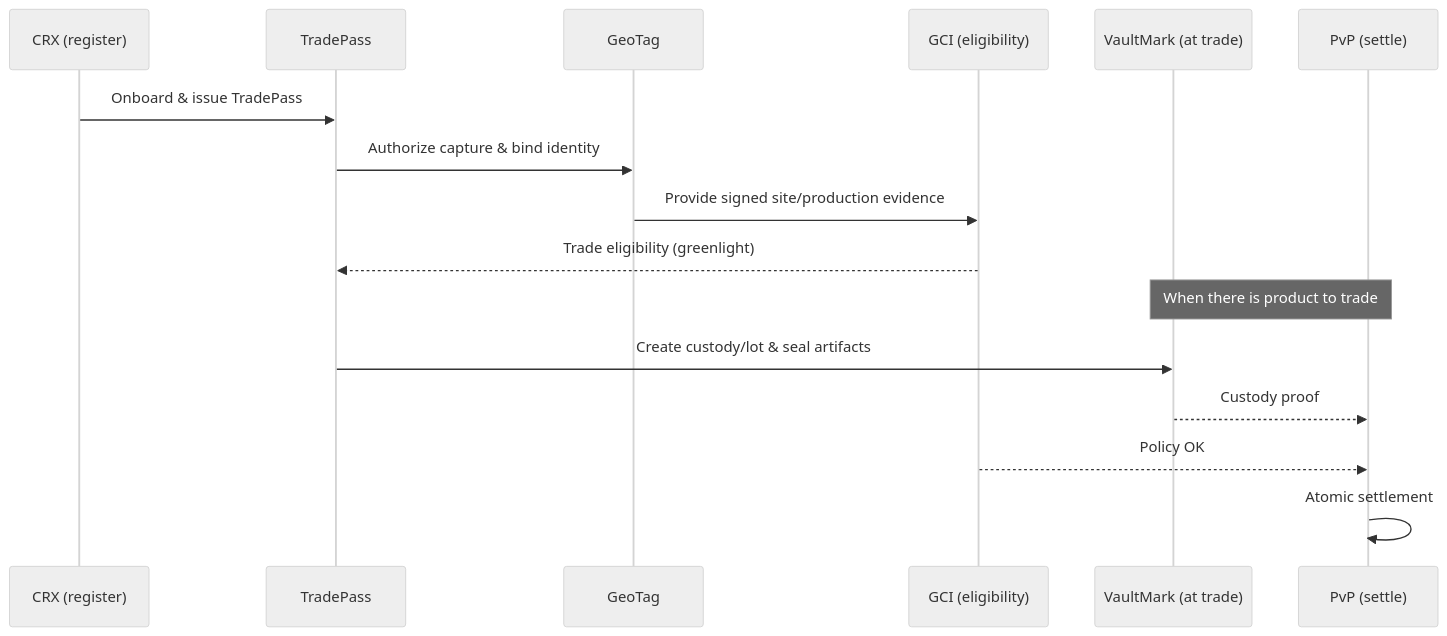
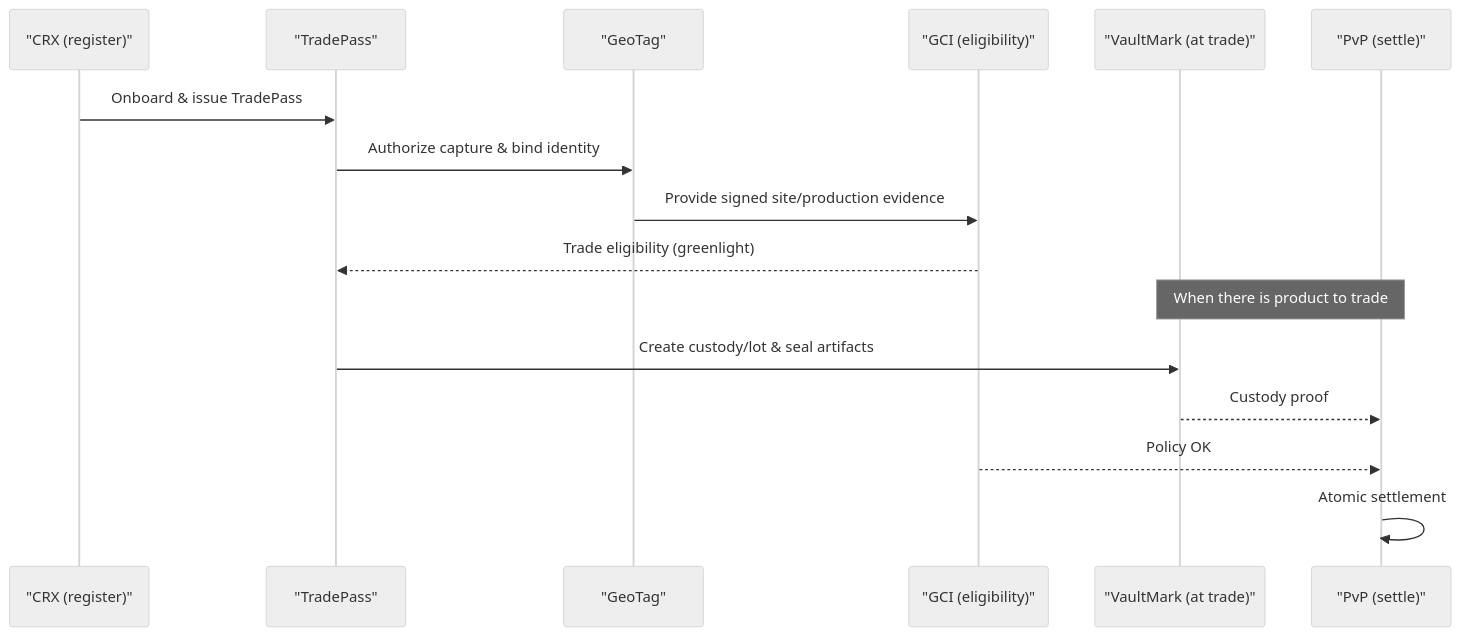
The ninth of 9 diagrams in README.md (gtcx-protocol/gtcx-ecosystem-agile), drawn with Mermaid (neutral theme) before and after one commit. The commit also changed other lines of this file, not shown here.

Commit message:
docs(readme): quote Mermaid participant display names to fix renderer

````diff
--- a/README.md
+++ b/README.md
@@ -389,20 +389,20 @@
 ```mermaid
 sequenceDiagram
-  participant CRX as CRX (register)
-  participant TP as TradePass
-  participant GT as GeoTag
-  participant GCI as GCI (eligibility)
-  participant VM as VaultMark (at trade)
-  participant PVP as PvP (settle)
+  participant CRX as "CRX (register)"
+  participant TP as "TradePass"
+  participant GT as "GeoTag"
+  participant GCI as "GCI (eligibility)"
+  participant VM as "VaultMark (at trade)"
+  participant PVP as "PvP (settle)"
 
   CRX->>TP: Onboard & issue TradePass
   TP->>GT: Authorize capture & bind identity
   GT->>GCI: Provide signed site/production evidence
   GCI-->>TP: Trade eligibility (greenlight)
 
   Note over VM,PVP: When there is product to trade
   TP->>VM: Create custody/lot & seal artifacts
   VM-->>PVP: Custody proof
   GCI-->>PVP: Policy OK
   PVP->>PVP: Atomic settlement
 ```
````
